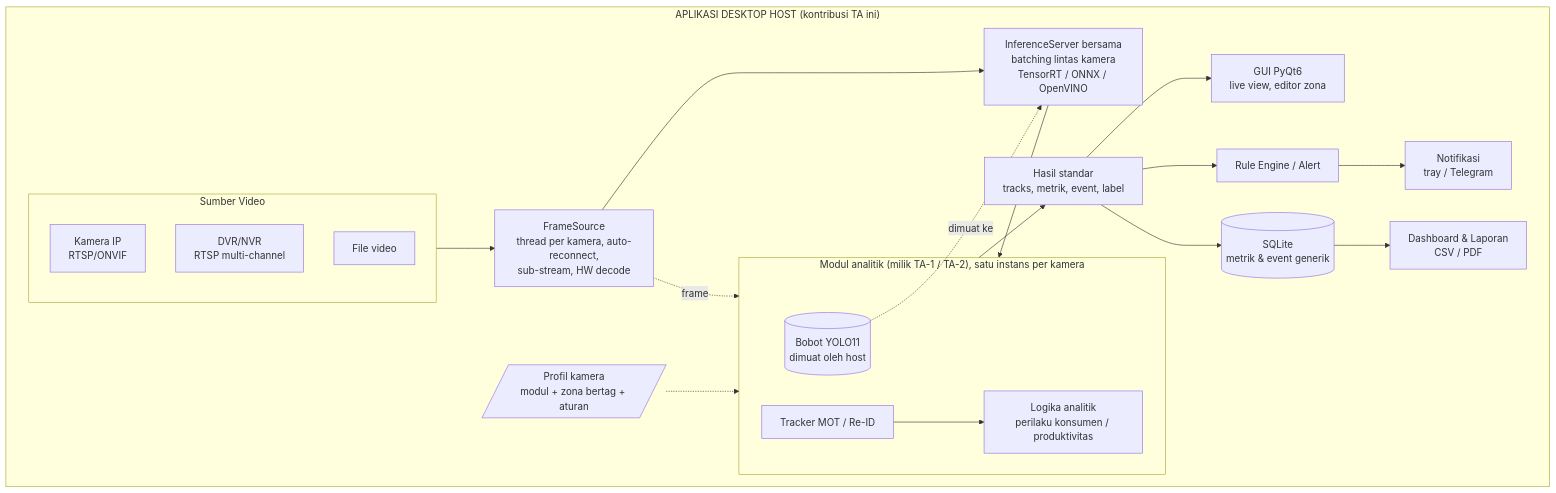
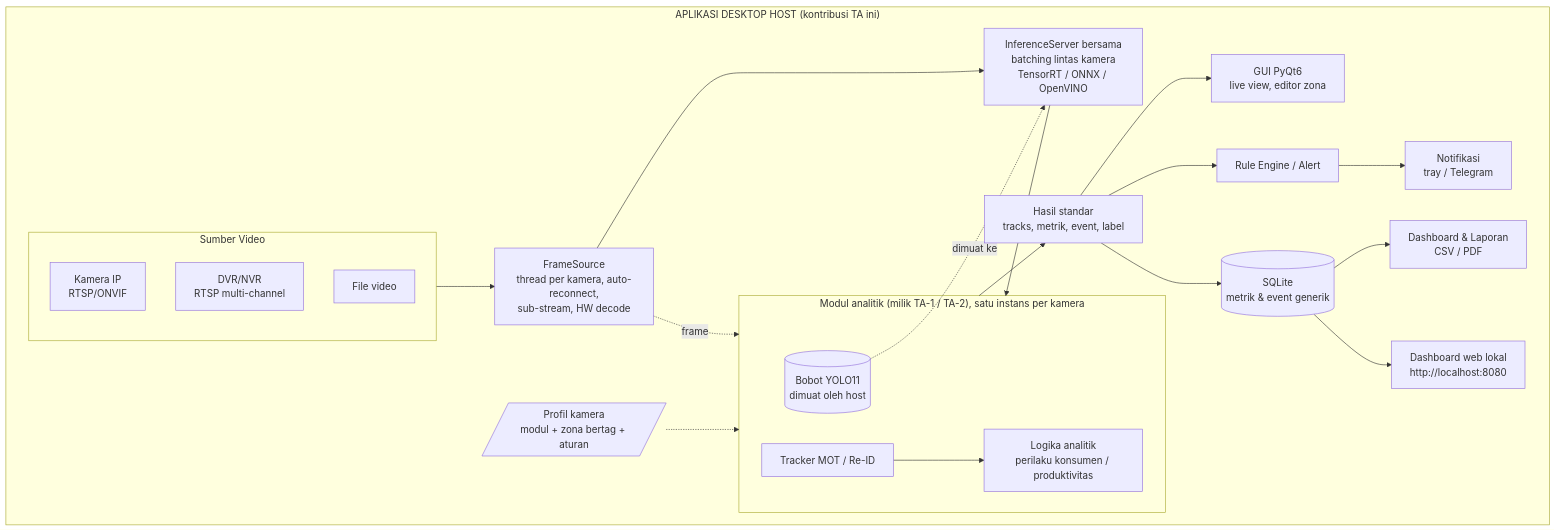
The second of 2 diagrams in docs/fase/00-ROADMAP.md (Nadhifbasyara/Aplikasi_AIO_CCTV), drawn with Mermaid before and after one commit. The commit also changed other lines of this file and 52 other files, not shown here.

````diff
--- a/docs/fase/00-ROADMAP.md
+++ b/docs/fase/00-ROADMAP.md
@@ -109,28 +109,29 @@
 ```mermaid
 flowchart TB
     subgraph APP["APLIKASI DESKTOP HOST (kontribusi TA ini)"]
         subgraph SRC["Sumber Video"]
             S1[Kamera IP<br/>RTSP/ONVIF]
             S2[DVR/NVR<br/>RTSP multi-channel]
             S3[File video]
         end
         SRC --> ING[FrameSource<br/>thread per kamera, auto-reconnect,<br/>sub-stream, HW decode]
         ING --> INF[InferenceServer bersama<br/>batching lintas kamera<br/>TensorRT / ONNX / OpenVINO]
         INF --> MOD
         ING -. frame .-> MOD
         PROF[/Profil kamera<br/>modul + zona bertag + aturan/] -.-> MOD
         MOD --> RES[Hasil standar<br/>tracks, metrik, event, label]
         RES --> UI[GUI PyQt6<br/>live view, editor zona]
         RES --> RULE[Rule Engine / Alert]
         RES --> DB[(SQLite<br/>metrik & event generik)]
         DB --> DASH[Dashboard & Laporan<br/>CSV / PDF]
+        DB --> WEB[Dashboard web lokal<br/>http://localhost:8080]
         RULE --> NOTIF[Notifikasi<br/>tray / Telegram]
     end
     subgraph MOD["Modul analitik (milik TA-1 / TA-2), satu instans per kamera"]
         W[(Bobot YOLO11<br/>dimuat oleh host)]
         TRK[Tracker MOT / Re-ID]
         ANA[Logika analitik<br/>perilaku konsumen / produktivitas]
         TRK --> ANA
     end
     W -.dimuat ke.-> INF
 ```
````
